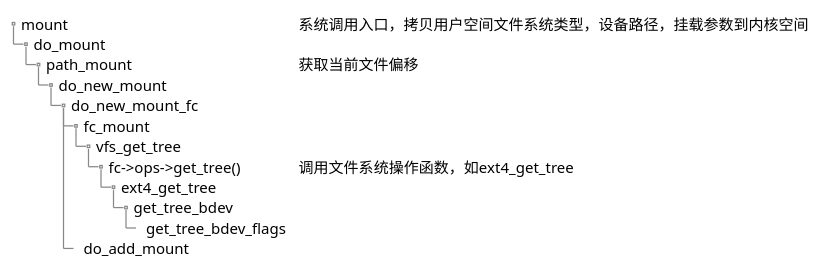
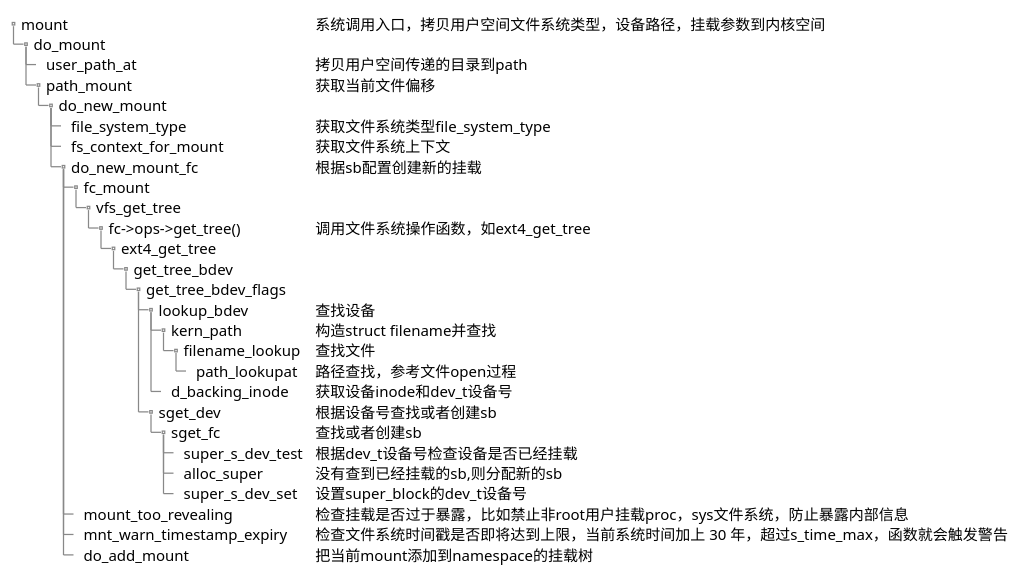
The third of 3 diagrams in notes/fs.md (hml1006/linux-comment), drawn with PlantUML before and after one commit. The commit also changed 1 other file, not shown here.

Commit message:
更新mount文档

````diff
--- a/notes/fs.md
+++ b/notes/fs.md
@@ -234,20 +234,35 @@
 ```plantuml
 @startsalt
 {{T
 + mount | 系统调用入口，拷贝用户空间文件系统类型，设备路径，挂载参数到内核空间
 ++ do_mount
++++ user_path_at    | 拷贝用户空间传递的目录到path
 +++ path_mount | 获取当前文件偏移
 ++++ do_new_mount
-+++++ do_new_mount_fc
++++++ file_system_type | 获取文件系统类型file_system_type
++++++ fs_context_for_mount | 获取文件系统上下文
++++++ do_new_mount_fc   | 根据sb配置创建新的挂载
 ++++++ fc_mount
 +++++++ vfs_get_tree
 ++++++++ fc->ops->get_tree()    | 调用文件系统操作函数，如ext4_get_tree
 +++++++++ ext4_get_tree
 ++++++++++ get_tree_bdev
 +++++++++++ get_tree_bdev_flags
-++++++ do_add_mount
+++++++++++++ lookup_bdev    | 查找设备
++++++++++++++ kern_path | 构造struct filename并查找
+++++++++++++++ filename_lookup | 查找文件
++++++++++++++++ path_lookupat | 路径查找，参考文件open过程
++++++++++++++ d_backing_inode | 获取设备inode和dev_t设备号
+++++++++++++ sget_dev       | 根据设备号查找或者创建sb
++++++++++++++ sget_fc       | 查找或者创建sb
+++++++++++++++ super_s_dev_test | 根据dev_t设备号检查设备是否已经挂载
+++++++++++++++ alloc_super | 没有查到已经挂载的sb,则分配新的sb
+++++++++++++++ super_s_dev_set | 设置super_block的dev_t设备号
+++++++ mount_too_revealing  | 检查挂载是否过于暴露，比如禁止非root用户挂载proc，sys文件系统，防止暴露内部信息
+++++++ mnt_warn_timestamp_expiry    | 检查文件系统时间戳是否即将达到上限，当前系统时间加上 30 年，超过s_time_max，函数就会触发警告
+++++++ do_add_mount | 把当前mount添加到namespace的挂载树
 }}
 
 
 @endsalt
 ```
````
